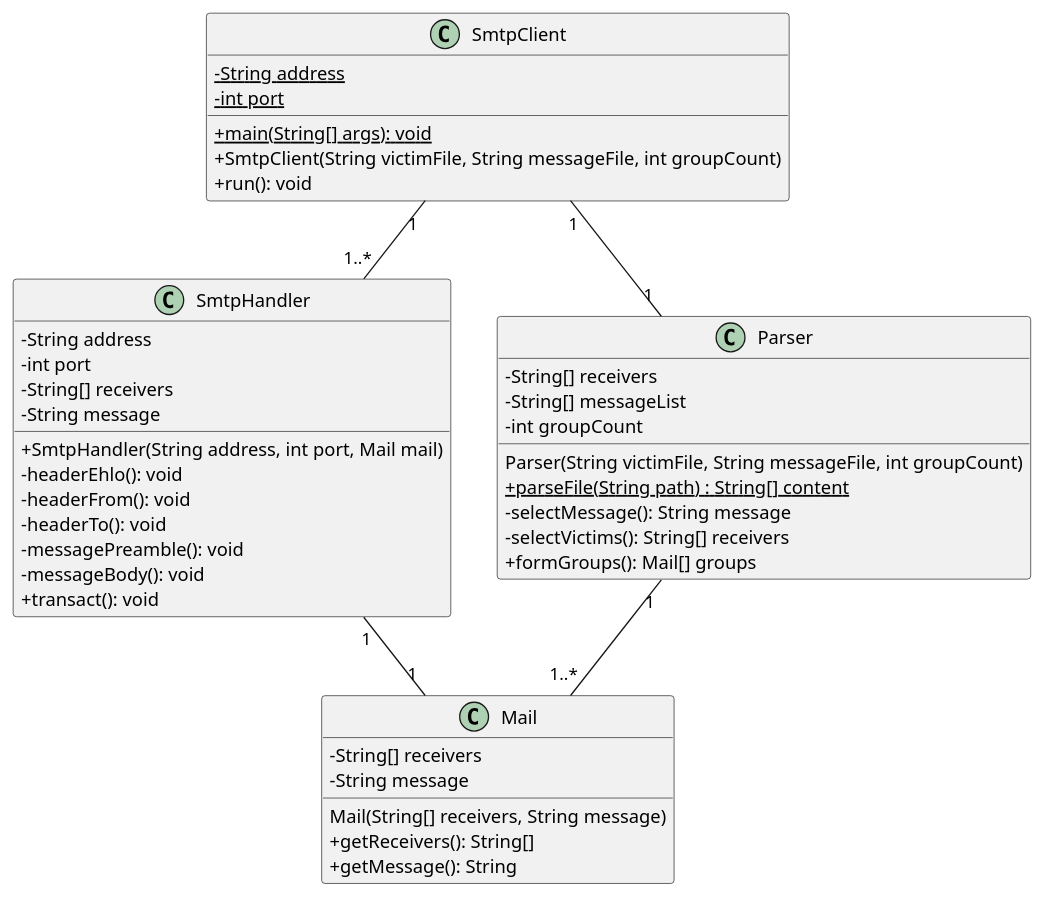
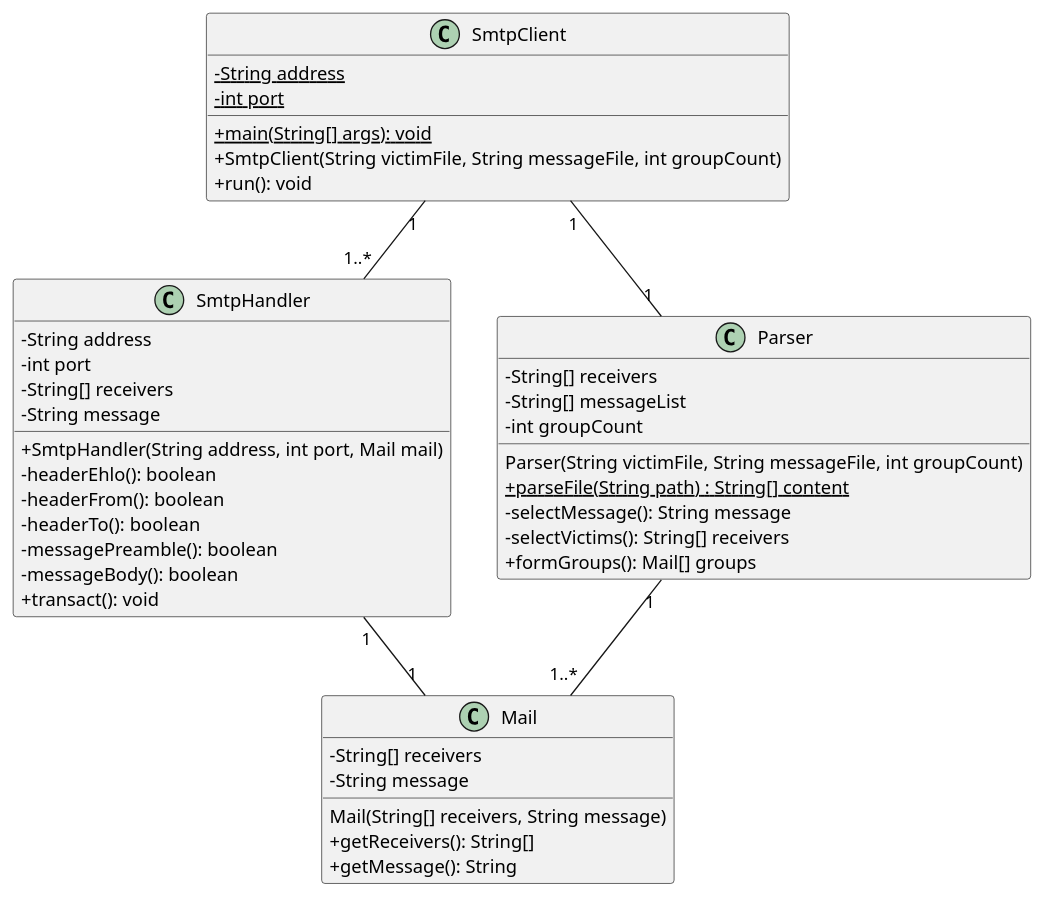
One commit to a-mango/dai-lab-smtp changed the diagram in doc/class_diagram.puml. Above: the diagram before and after it, drawn with PlantUML. The commit also changed 1 other file, not shown here.

Commit message:
rfr: void to boolean for stmp communication

```diff
--- a/doc/class_diagram.puml
+++ b/doc/class_diagram.puml
@@ -1,55 +1,55 @@
 @startuml
 'https://plantuml.com/class-diagram
 skinparam classAttributeIconSize 0
 skinparam groupInheritance 3
 hide empty methods
 hide empty members
 
 class SmtpClient {
     - {static} String address
     - {static} int port
     {static} + main(String[] args): void
     + SmtpClient(String victimFile, String messageFile, int groupCount)
     + run(): void
 }
 
 class SmtpHandler {
     - String address
     - int port
     - String[] receivers
     - String message
     + SmtpHandler(String address, int port, Mail mail)
-    - headerEhlo(): void
-    - headerFrom(): void
-    - headerTo(): void
-    - messagePreamble(): void
-    - messageBody(): void
+    - headerEhlo(): boolean
+    - headerFrom(): boolean
+    - headerTo(): boolean
+    - messagePreamble(): boolean
+    - messageBody(): boolean
     + transact(): void
 }
 
 class Mail {
     Mail(String[] receivers, String message)
     - String[] receivers
     - String message
     + getReceivers(): String[]
     + getMessage(): String
 }
 
 class Parser {
     - String[] receivers
     - String[] messageList
     - int groupCount
     Parser(String victimFile, String messageFile, int groupCount)
     {static} + parseFile(String path) : String[] content
     - selectMessage(): String message
     - selectVictims(): String[] receivers
     + formGroups(): Mail[] groups
 }
 
 SmtpClient "1"--"1..*"SmtpHandler
 SmtpHandler "1"--"1" Mail
 SmtpClient "1"--"1" Parser
 Parser "1"--"1..*" Mail
 
 
 @enduml
```
